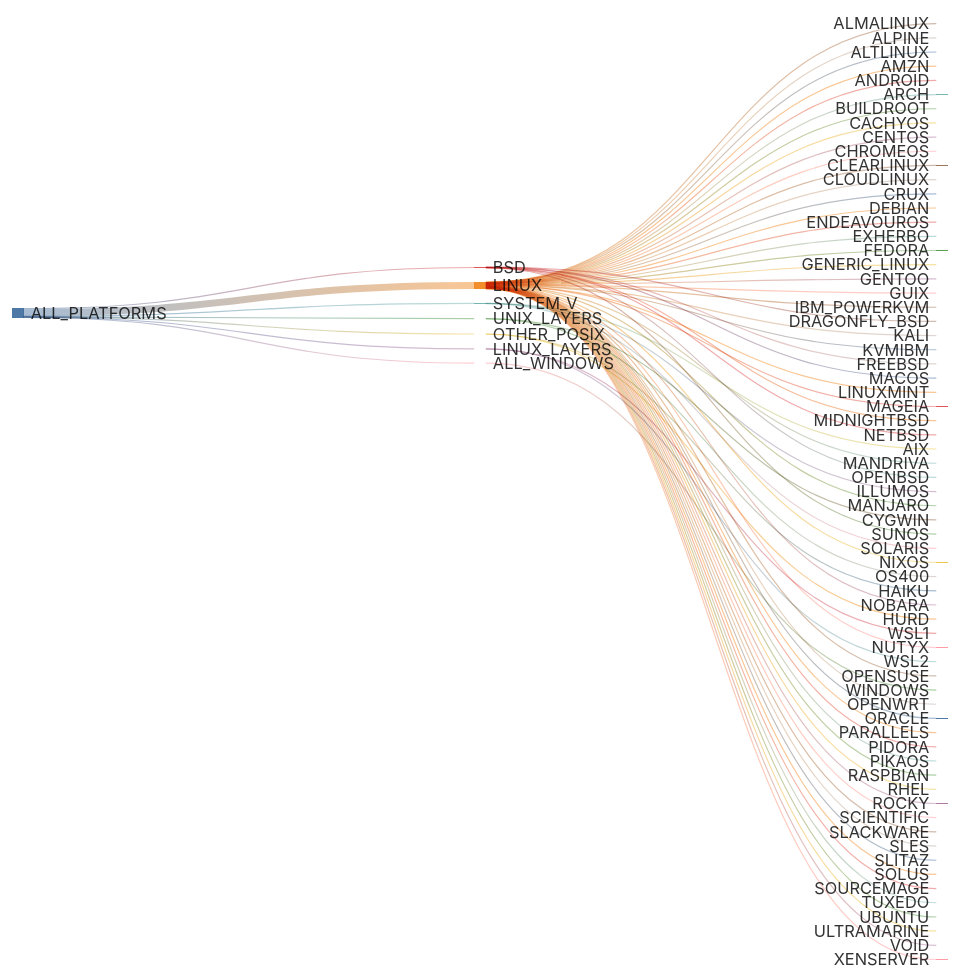
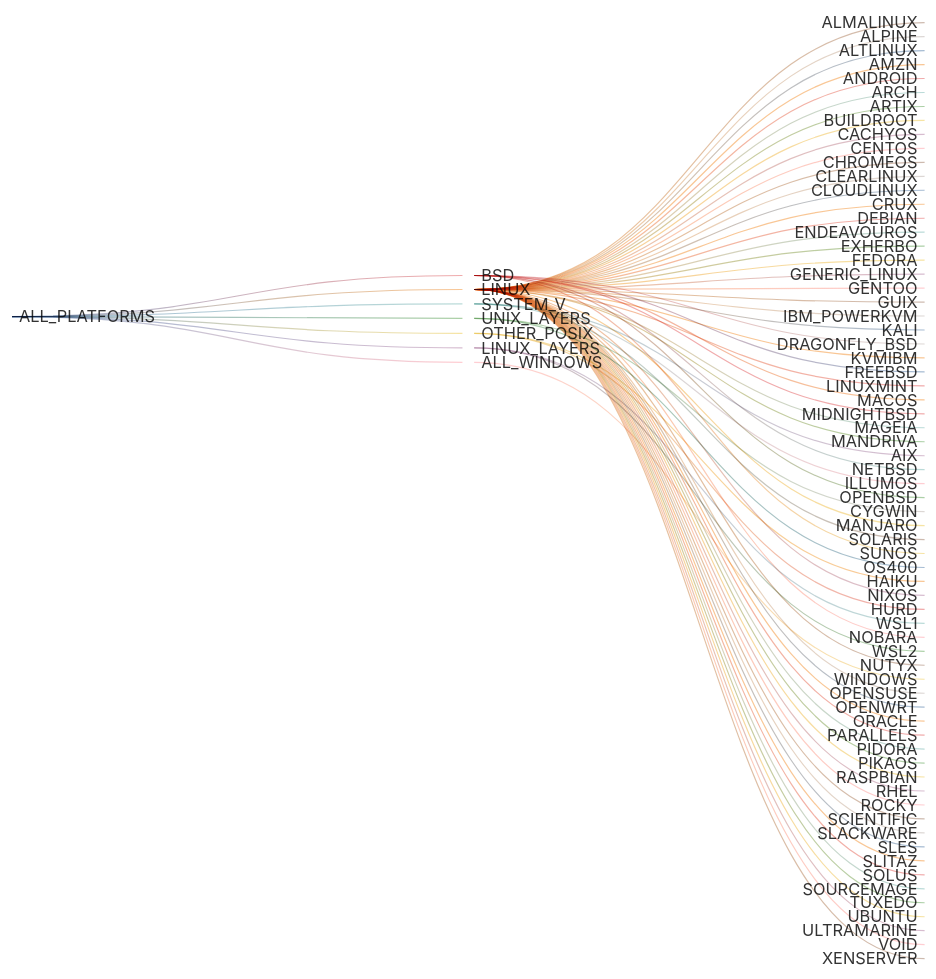
The first of 2 diagrams in docs/platforms.md (kdeldycke/extra-platforms), drawn with Mermaid before and after one commit. The commit also changed other lines of this file and 11 other files, not shown here.

First line of the commit message:
Detect Artix Linux

````diff
--- a/docs/platforms.md
+++ b/docs/platforms.md
@@ -204,81 +205,82 @@
 ```mermaid
 ---
 config: {"sankey": {"showValues": false, "width": 800, "height": 800}}
 ---
 sankey-beta
 
-ALL_PLATFORMS,LINUX,50
+ALL_PLATFORMS,LINUX,51
 ALL_PLATFORMS,BSD,7
 ALL_PLATFORMS,SYSTEM_V,3
 ALL_PLATFORMS,UNIX_LAYERS,2
 ALL_PLATFORMS,OTHER_POSIX,2
 ALL_PLATFORMS,LINUX_LAYERS,2
 ALL_PLATFORMS,ALL_WINDOWS,1
 LINUX,ALMALINUX,1
 LINUX,ALPINE,1
 LINUX,ALTLINUX,1
 LINUX,AMZN,1
 LINUX,ANDROID,1
 LINUX,ARCH,1
+LINUX,ARTIX,1
 LINUX,BUILDROOT,1
 LINUX,CACHYOS,1
 LINUX,CENTOS,1
 LINUX,CHROMEOS,1
 LINUX,CLEARLINUX,1
 LINUX,CLOUDLINUX,1
 LINUX,CRUX,1
 LINUX,DEBIAN,1
 LINUX,ENDEAVOUROS,1
 LINUX,EXHERBO,1
 LINUX,FEDORA,1
 LINUX,GENERIC_LINUX,1
 LINUX,GENTOO,1
 LINUX,GUIX,1
 LINUX,IBM_POWERKVM,1
 LINUX,KALI,1
 LINUX,KVMIBM,1
 LINUX,LINUXMINT,1
 LINUX,MAGEIA,1
 LINUX,MANDRIVA,1
 LINUX,MANJARO,1
 LINUX,NIXOS,1
 LINUX,NOBARA,1
 LINUX,NUTYX,1
 LINUX,OPENSUSE,1
 LINUX,OPENWRT,1
 LINUX,ORACLE,1
 LINUX,PARALLELS,1
 LINUX,PIDORA,1
 LINUX,PIKAOS,1
 LINUX,RASPBIAN,1
 LINUX,RHEL,1
 LINUX,ROCKY,1
 LINUX,SCIENTIFIC,1
 LINUX,SLACKWARE,1
 LINUX,SLES,1
 LINUX,SLITAZ,1
 LINUX,SOLUS,1
 LINUX,SOURCEMAGE,1
 LINUX,TUXEDO,1
 LINUX,UBUNTU,1
 LINUX,ULTRAMARINE,1
 LINUX,VOID,1
 LINUX,XENSERVER,1
 BSD,DRAGONFLY_BSD,1
 BSD,FREEBSD,1
 BSD,MACOS,1
 BSD,MIDNIGHTBSD,1
 BSD,NETBSD,1
 BSD,OPENBSD,1
 BSD,SUNOS,1
 SYSTEM_V,AIX,1
 SYSTEM_V,ILLUMOS,1
 SYSTEM_V,SOLARIS,1
 UNIX_LAYERS,CYGWIN,1
 UNIX_LAYERS,OS400,1
 OTHER_POSIX,HAIKU,1
 OTHER_POSIX,HURD,1
 LINUX_LAYERS,WSL1,1
 LINUX_LAYERS,WSL2,1
 ALL_WINDOWS,WINDOWS,1
 ```
````
